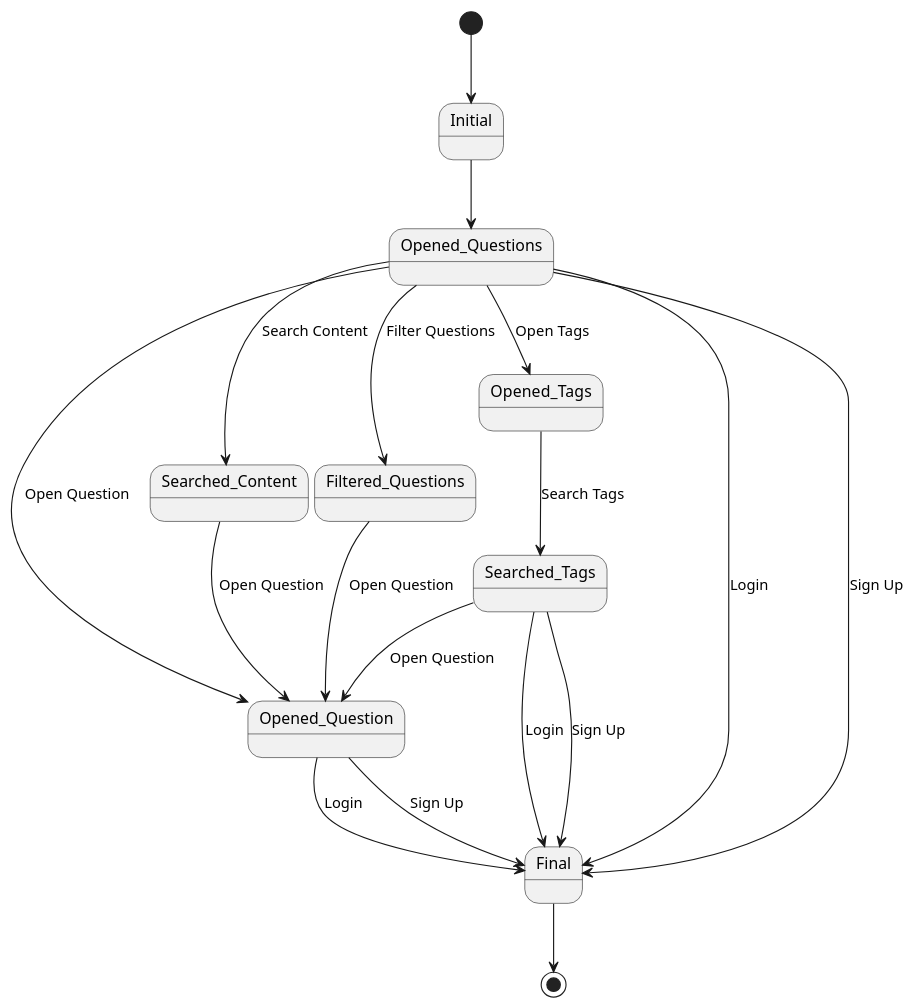
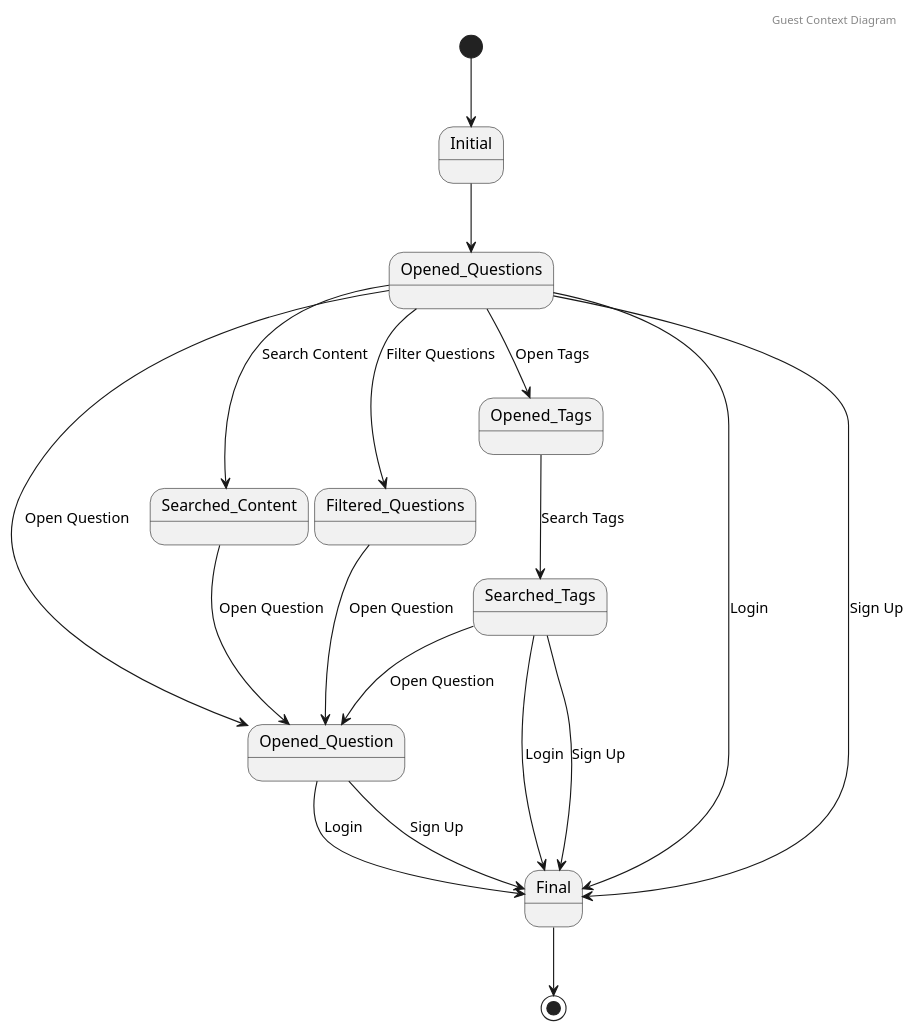
One commit to rafaelacirino/miw-backend-foro changed the diagram in src/main/resources/templates/diagramaDeContextoGuest.plantuml. Above: the diagram before and after it, drawn with PlantUML. The commit also changed 20 other files, not shown here.

Commit message:
adding more diagrams

```diff
--- a/src/main/resources/templates/diagramaDeContextoGuest.plantuml
+++ b/src/main/resources/templates/diagramaDeContextoGuest.plantuml
@@ -1,25 +1,27 @@
 @startuml
+
+header Guest Context Diagram
 
 [*] --> Initial
 
 Initial --> Opened_Questions
 Opened_Questions --> Opened_Question : Open Question
 Opened_Questions --> Searched_Content : Search Content
 Searched_Content --> Opened_Question : Open Question
 Opened_Questions --> Filtered_Questions : Filter Questions
 Filtered_Questions --> Opened_Question : Open Question
 
 Opened_Questions --> Opened_Tags : Open Tags
 Opened_Tags --> Searched_Tags : Search Tags
 Searched_Tags --> Opened_Question : Open Question
 
 Opened_Question --> Final : Login
 Opened_Question --> Final : Sign Up
 Opened_Questions --> Final : Login
 Opened_Questions --> Final : Sign Up
 Searched_Tags --> Final : Login
 Searched_Tags --> Final : Sign Up
 
 Final --> [*]
 
 @enduml
```
